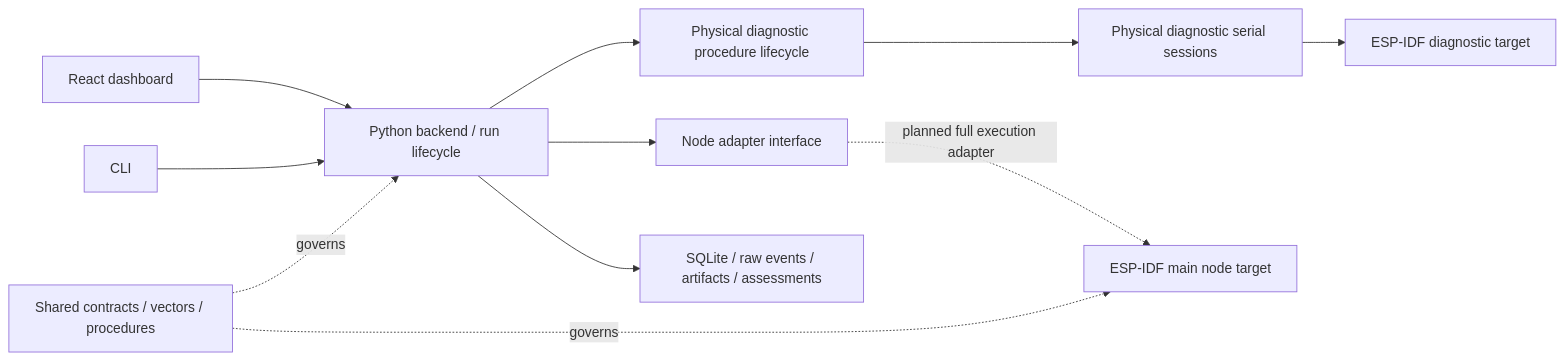
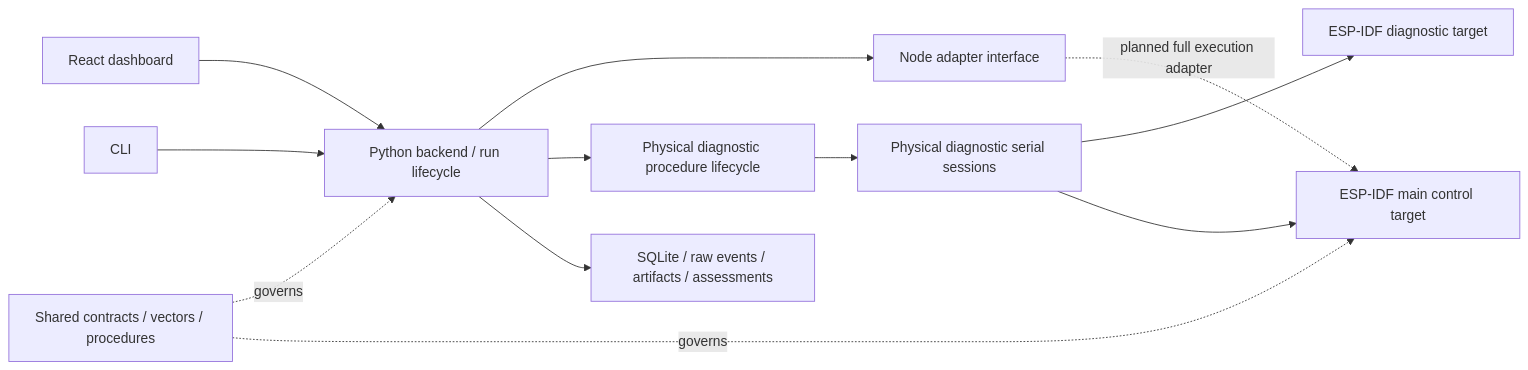
Before and after one commit to angel-vazquez18/ESP_LoRaLab: the diagram in docs/architecture.md, drawn with Mermaid. The commit also changed other lines of this file and 3 other files, not shown here.

````diff
--- a/docs/architecture.md
+++ b/docs/architecture.md
@@ -8,13 +8,14 @@
 ```mermaid
 flowchart LR
     UI[React dashboard] --> HOST[Python backend / run lifecycle]
     CLI[CLI] --> HOST
     HOST --> ADAPTER[Node adapter interface]
     HOST --> CHECK[Physical diagnostic procedure lifecycle]
     CHECK --> SERIAL[Physical diagnostic serial sessions]
     SERIAL --> DIAG[ESP-IDF diagnostic target]
-    ADAPTER -. planned full execution adapter .-> NODE[ESP-IDF main node target]
+    SERIAL --> NODE[ESP-IDF main control target]
+    ADAPTER -. planned full execution adapter .-> NODE
     HOST --> EVIDENCE[SQLite / raw events / artifacts / assessments]
     CONTRACT[Shared contracts / vectors / procedures] -. governs .-> HOST
     CONTRACT -. governs .-> NODE
 ```
````
